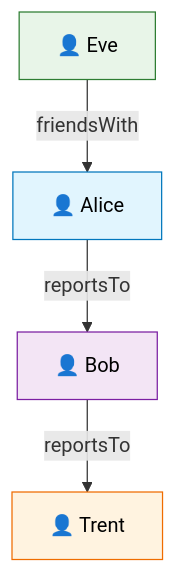
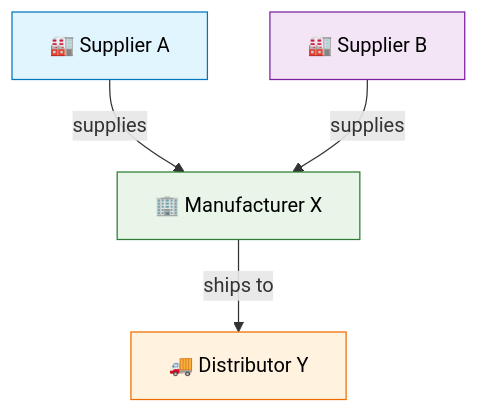
The second of 4 diagrams in data-explorer/graph-overview.md (MicrosoftDocs/dataexplorer-docs), drawn with Mermaid before and after one commit. The commit also changed other lines of this file, not shown here.

Commit message:
Revise graph overview documentation: enhance clarity and examples for graph semantics in Kusto

````diff
--- a/data-explorer/graph-overview.md
+++ b/data-explorer/graph-overview.md
@@ -68,11 +37,11 @@
 ```mermaid
 graph TD
-    A[👤 Alice] -->|reportsTo| B[👤 Bob]
-    C[👤 Eve] -->|friendsWith| A
-    B -->|reportsTo| D[👤 Trent]
+    S1[🏭 Supplier A] -->|supplies| M1[🏢 Manufacturer X]
+    S2[🏭 Supplier B] -->|supplies| M1
+    M1 -->|ships to| D1[🚚 Distributor Y]
     
-    style A fill:#e1f5fe,stroke:#0277bd,color:#000
-    style B fill:#f3e5f5,stroke:#7b1fa2,color:#000
-    style C fill:#e8f5e8,stroke:#2e7d32,color:#000
-    style D fill:#fff3e0,stroke:#ef6c00,color:#000
+    style S1 fill:#e1f5fe,stroke:#0277bd,color:#000
+    style S2 fill:#f3e5f5,stroke:#7b1fa2,color:#000
+    style M1 fill:#e8f5e8,stroke:#2e7d32,color:#000
+    style D1 fill:#fff3e0,stroke:#ef6c00,color:#000
 ```
````
